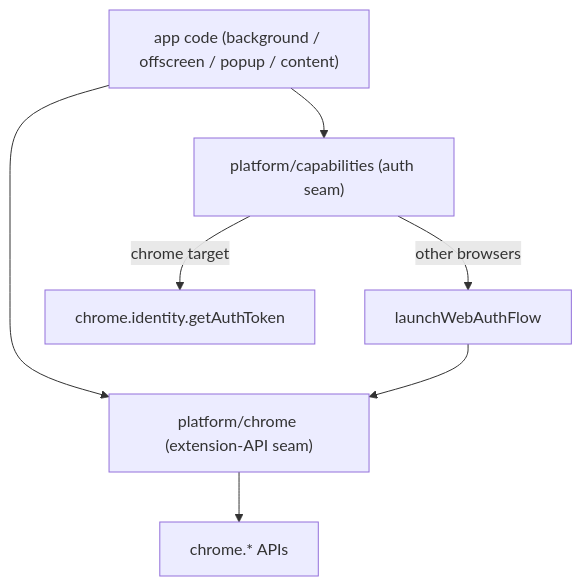
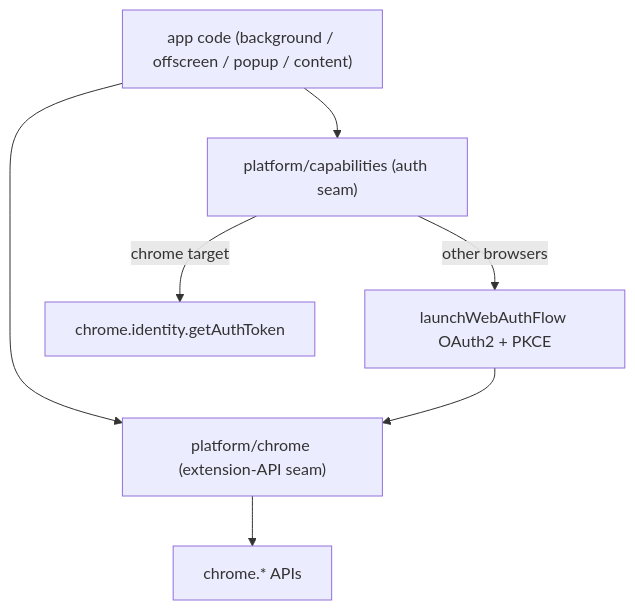
Before and after one commit to CorneiZeR/chrome-meeting-recording-extension: the diagram in src/platform/README.md, drawn with Mermaid. The commit also changed other lines of this file and 49 other files, not shown here.

````diff
--- a/src/platform/README.md
+++ b/src/platform/README.md
@@ -14,9 +14,9 @@
 ```mermaid
 flowchart TD
     APP["app code (background / offscreen / popup / content)"] --> CH["platform/chrome (extension-API seam)"]
     APP --> CAP["platform/capabilities (auth seam)"]
     CH --> API["chrome.* APIs"]
     CAP -->|"chrome target"| CI["chrome.identity.getAuthToken"]
-    CAP -->|"other browsers"| WF["launchWebAuthFlow"]
+    CAP -->|"other browsers"| WF["launchWebAuthFlow OAuth2 + PKCE"]
     WF --> CH
 ```
````
